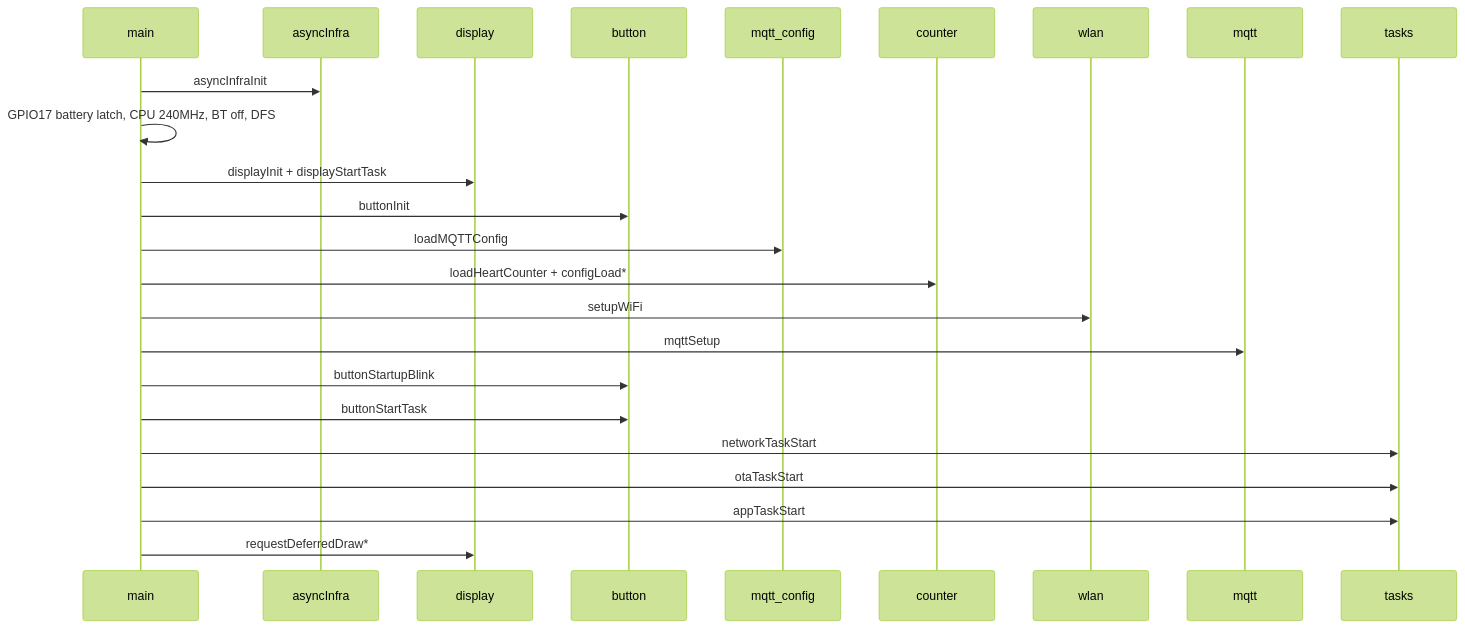
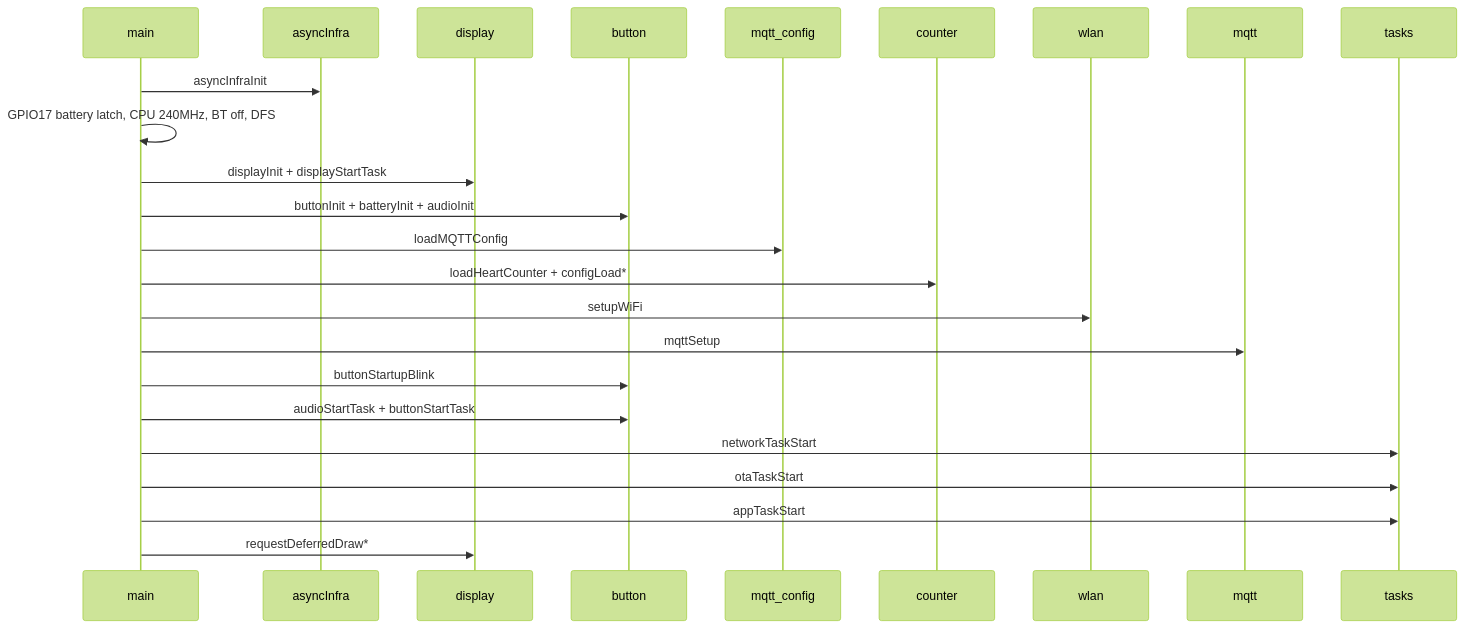
The second of 3 diagrams in docs/ARCHITECTURE.md (EyJunge1/chaya2mqtt), drawn with Mermaid (forest theme) before and after one commit. The commit also changed other lines of this file and 62 other files, not shown here.

````diff
--- a/docs/ARCHITECTURE.md
+++ b/docs/ARCHITECTURE.md
@@ -107,27 +113,27 @@
 ```mermaid
 sequenceDiagram
     participant M as main
     participant A as asyncInfra
     participant D as display
     participant B as button
     participant C as mqtt_config
     participant N as counter
     participant W as wlan
     participant Q as mqtt
     participant T as tasks
 
     M->>A: asyncInfraInit
     M->>M: GPIO17 battery latch, CPU 240MHz, BT off, DFS
     M->>D: displayInit + displayStartTask
-    M->>B: buttonInit
+    M->>B: buttonInit + batteryInit + audioInit
     M->>C: loadMQTTConfig
     M->>N: loadHeartCounter + configLoad*
     M->>W: setupWiFi
     M->>Q: mqttSetup
     M->>B: buttonStartupBlink
-    M->>B: buttonStartTask
+    M->>B: audioStartTask + buttonStartTask
     M->>T: networkTaskStart
     M->>T: otaTaskStart
     M->>T: appTaskStart
     M->>D: requestDeferredDraw*
 ```
````
